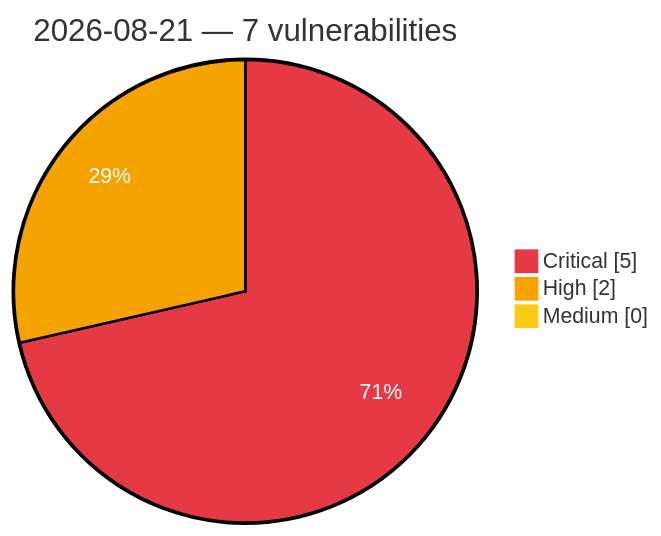
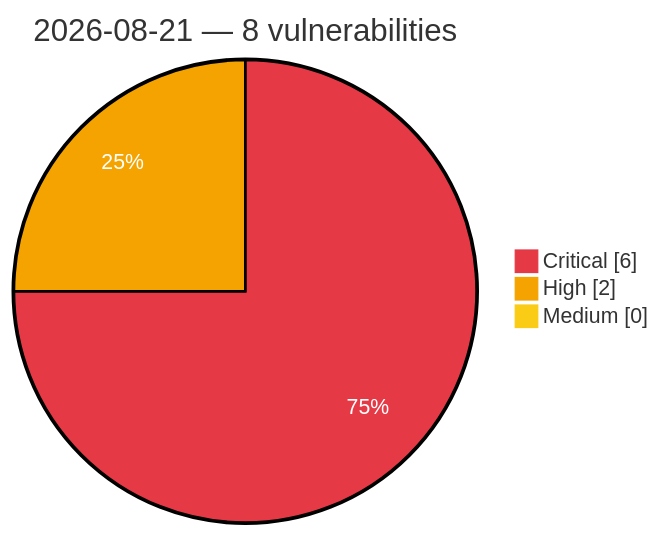
The diagram in vulnerabilities/2026/August/2026-08-21.md (GhostX0X/vuln-tracker), drawn with Mermaid before and after one commit. The commit also changed other lines of this file and 5 other files, not shown here.

````diff
--- a/vulnerabilities/2026/August/2026-08-21.md
+++ b/vulnerabilities/2026/August/2026-08-21.md
@@ -3,8 +3,8 @@
 ```mermaid
 %%{init: {'theme':'base', 'themeVariables': {'pie1':'#e63946', 'pie2':'#f4a300', 'pie3':'#facc15', 'pieOpacity':'1', 'pieOuterStrokeWidth':'2px', 'pieSectionTextColor':'#ffffff'}}}%%
 pie showData
-    title 2026-08-21 — 7 vulnerabilities
-    "Critical" : 5
+    title 2026-08-21 — 8 vulnerabilities
+    "Critical" : 6
     "High" : 2
     "Medium" : 0
 ```
````
